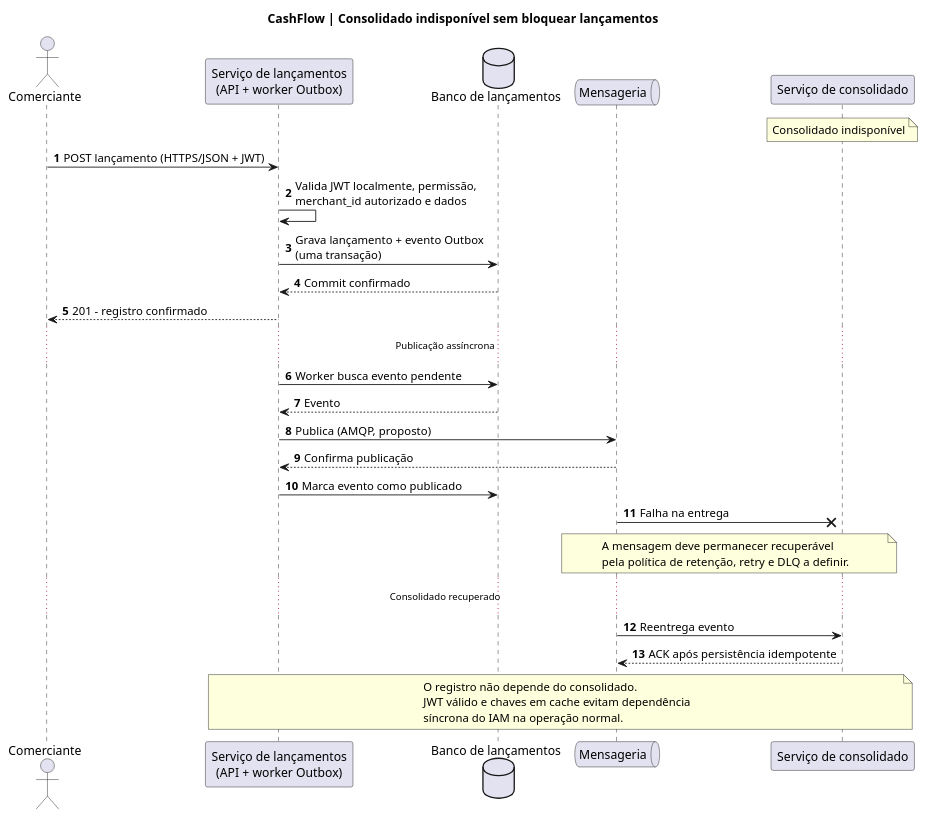
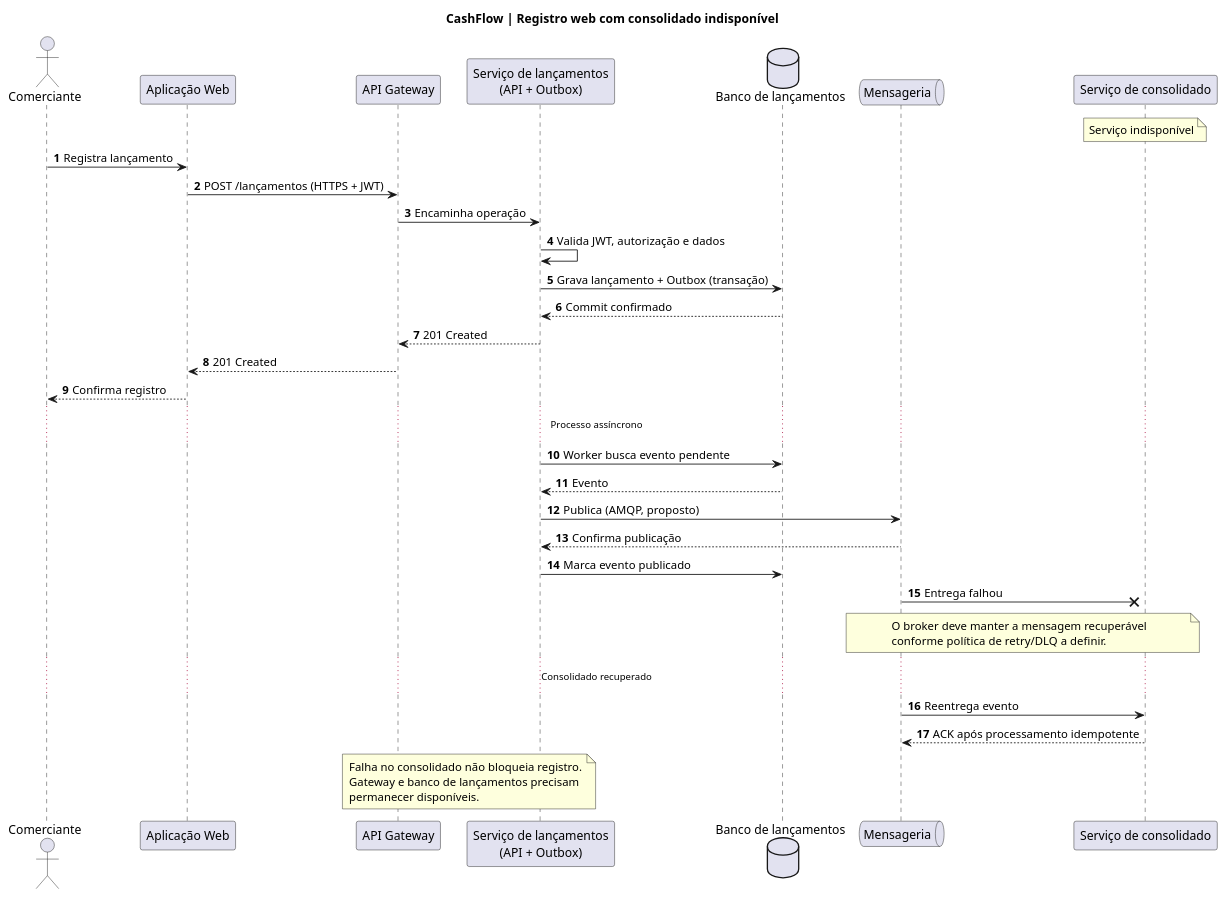
The diagram in docs/architecture/plantuml/sequence-failure.puml (wolwerr/CashFlow-Architecture), drawn with PlantUML before and after one commit.

Commit message:
docs(sequence): reflect web frontend and API gateway user journeys (#6)

```diff
--- a/docs/architecture/plantuml/sequence-failure.puml
+++ b/docs/architecture/plantuml/sequence-failure.puml
@@ -1,34 +1,40 @@
 @startuml CashFlow_Consolidation_Failure
-title CashFlow | Consolidado indisponível sem bloquear lançamentos
+title CashFlow | Registro web com consolidado indisponível
 autonumber
 actor Comerciante
-participant "Serviço de lançamentos\n(API + worker Outbox)" as L
+participant "Aplicação Web" as W
+participant "API Gateway" as G
+participant "Serviço de lançamentos\n(API + Outbox)" as L
 database "Banco de lançamentos" as BL
 queue "Mensageria" as M
 participant "Serviço de consolidado" as C
-note over C: Consolidado indisponível
-Comerciante -> L: POST lançamento (HTTPS/JSON + JWT)
-L -> L: Valida JWT localmente, permissão,\nmerchant_id autorizado e dados
-L -> BL: Grava lançamento + evento Outbox\n(uma transação)
+note over C: Serviço indisponível
+Comerciante -> W: Registra lançamento
+W -> G: POST /lançamentos (HTTPS + JWT)
+G -> L: Encaminha operação
+L -> L: Valida JWT, autorização e dados
+L -> BL: Grava lançamento + Outbox (transação)
 BL --> L: Commit confirmado
-L --> Comerciante: 201 - registro confirmado
-... Publicação assíncrona ...
+L --> G: 201 Created
+G --> W: 201 Created
+W --> Comerciante: Confirma registro
+... Processo assíncrono ...
 L -> BL: Worker busca evento pendente
 BL --> L: Evento
 L -> M: Publica (AMQP, proposto)
 M --> L: Confirma publicação
-L -> BL: Marca evento como publicado
-M ->x C: Falha na entrega
+L -> BL: Marca evento publicado
+M ->x C: Entrega falhou
 note over M,C
-A mensagem deve permanecer recuperável
-pela política de retenção, retry e DLQ a definir.
+O broker deve manter a mensagem recuperável
+conforme política de retry/DLQ a definir.
 end note
 ... Consolidado recuperado ...
 M -> C: Reentrega evento
-C --> M: ACK após persistência idempotente
-note over L,C
-O registro não depende do consolidado.
-JWT válido e chaves em cache evitam dependência
-síncrona do IAM na operação normal.
+C --> M: ACK após processamento idempotente
+note over G,L
+Falha no consolidado não bloqueia registro.
+Gateway e banco de lançamentos precisam
+permanecer disponíveis.
 end note
 @enduml
```
